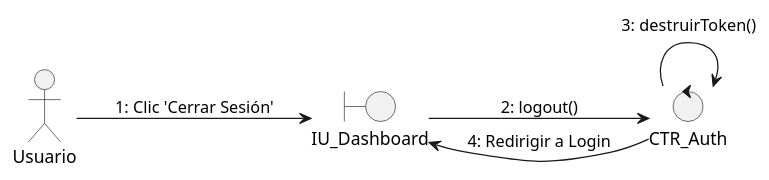
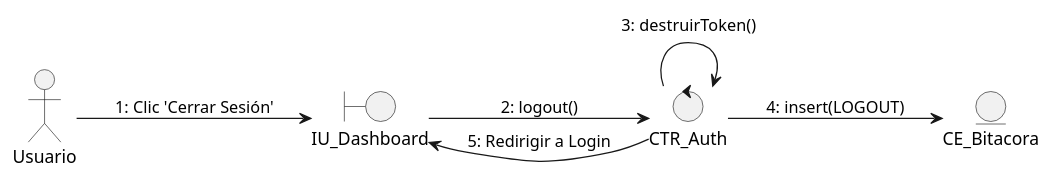
Diagram 22 of 42 in PROYECTO-MAIN/oficial/OFICIAL.md (INGvainilla/grulacOFICIAL), drawn with PlantUML before and after one commit. The commit also changed other lines of this file and 17 other files, not shown here.

````diff
--- a/PROYECTO-MAIN/oficial/OFICIAL.md
+++ b/PROYECTO-MAIN/oficial/OFICIAL.md
@@ -2268,13 +2378,15 @@
 ```plantuml
 @startuml DCom_CU02
 left to right direction
 skinparam backgroundColor transparent
 actor "Usuario" as Actor
 boundary "IU_Dashboard" as IU
 control "CTR_Auth" as CTR
+entity "CE_Bitacora" as ENT2
 Actor --> IU : 1: Clic 'Cerrar Sesión'
 IU --> CTR : 2: logout()
 CTR --> CTR : 3: destruirToken()
-CTR --> IU : 4: Redirigir a Login
+CTR --> ENT2 : 4: insert(LOGOUT)
+CTR --> IU : 5: Redirigir a Login
 @enduml
 ```
````
